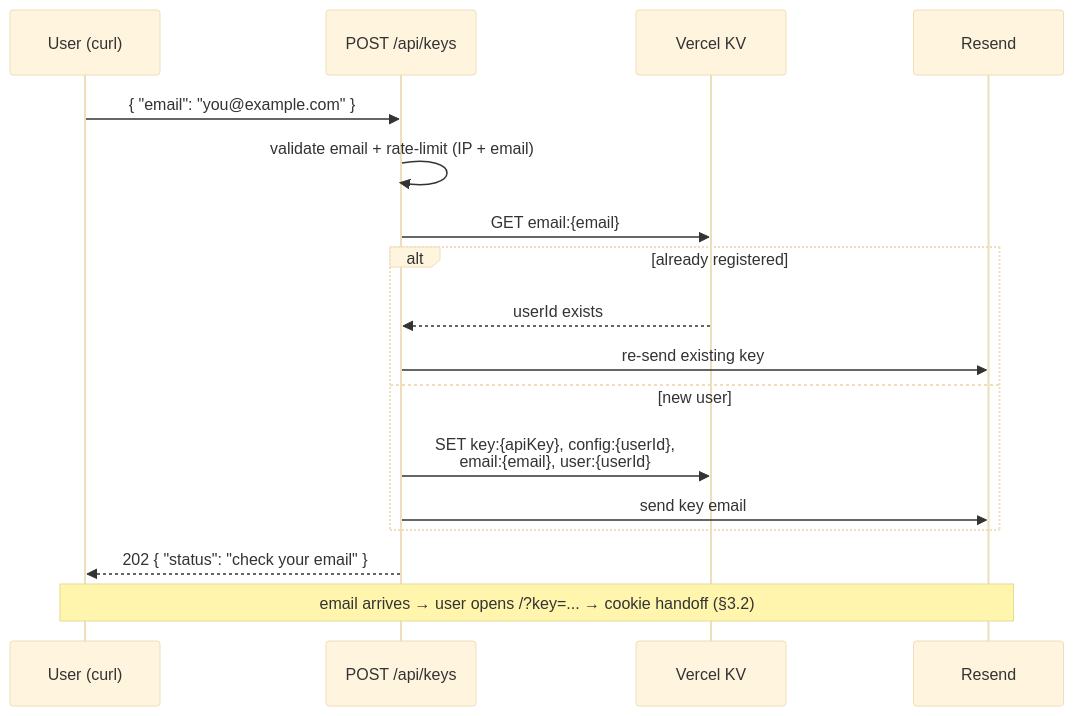
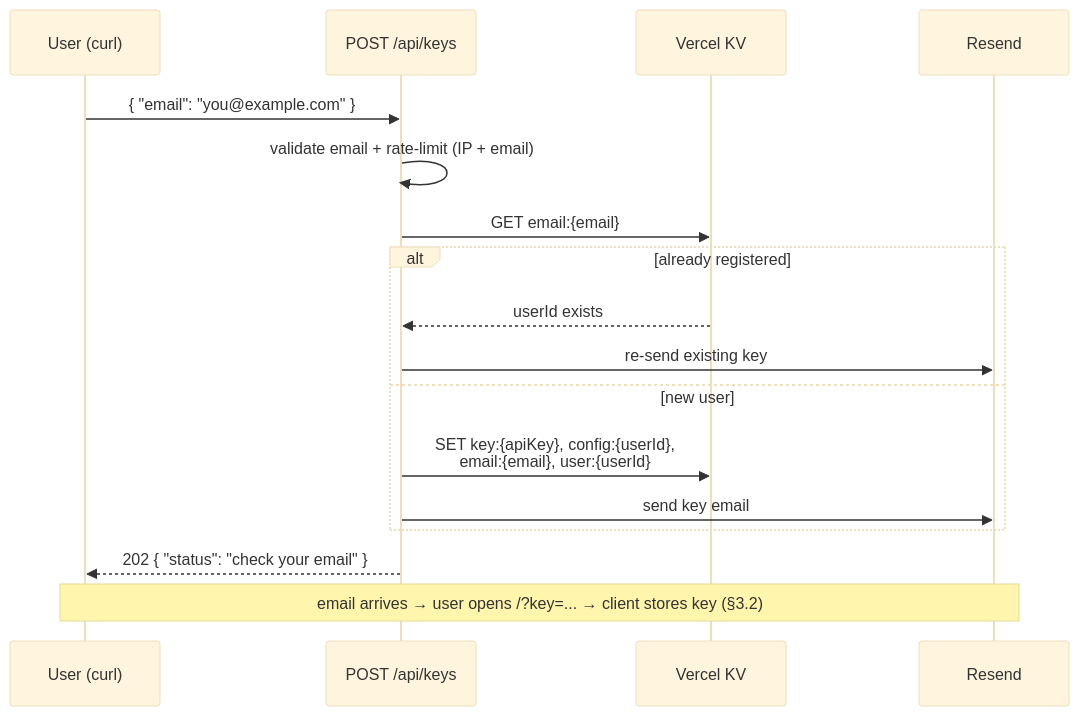
Before and after one commit to vedanta/frontdoor: the second of 4 diagrams in docs/architecture.md, drawn with Mermaid (base theme). The commit also changed other lines of this file, not shown here.

First line of the commit message:
Rework architecture for client SPA + JSON API split

````diff
--- a/docs/architecture.md
+++ b/docs/architecture.md
@@ -105,20 +121,20 @@
 ```mermaid
 sequenceDiagram
     participant U as User (curl)
     participant API as POST /api/keys
     participant KV as Vercel KV
     participant R as Resend
 
     U->>API: { "email": "you@example.com" }
     API->>API: validate email + rate-limit (IP + email)
     API->>KV: GET email:{email}
     alt already registered
         KV-->>API: userId exists
         API->>R: re-send existing key
     else new user
         API->>KV: SET key:{apiKey}, config:{userId},<br/>email:{email}, user:{userId}
         API->>R: send key email
     end
     API-->>U: 202 { "status": "check your email" }
-    Note over U,R: email arrives → user opens /?key=... → cookie handoff (§3.2)
+    Note over U,R: email arrives → user opens /?key=... → client stores key (§3.2)
 ```
````
